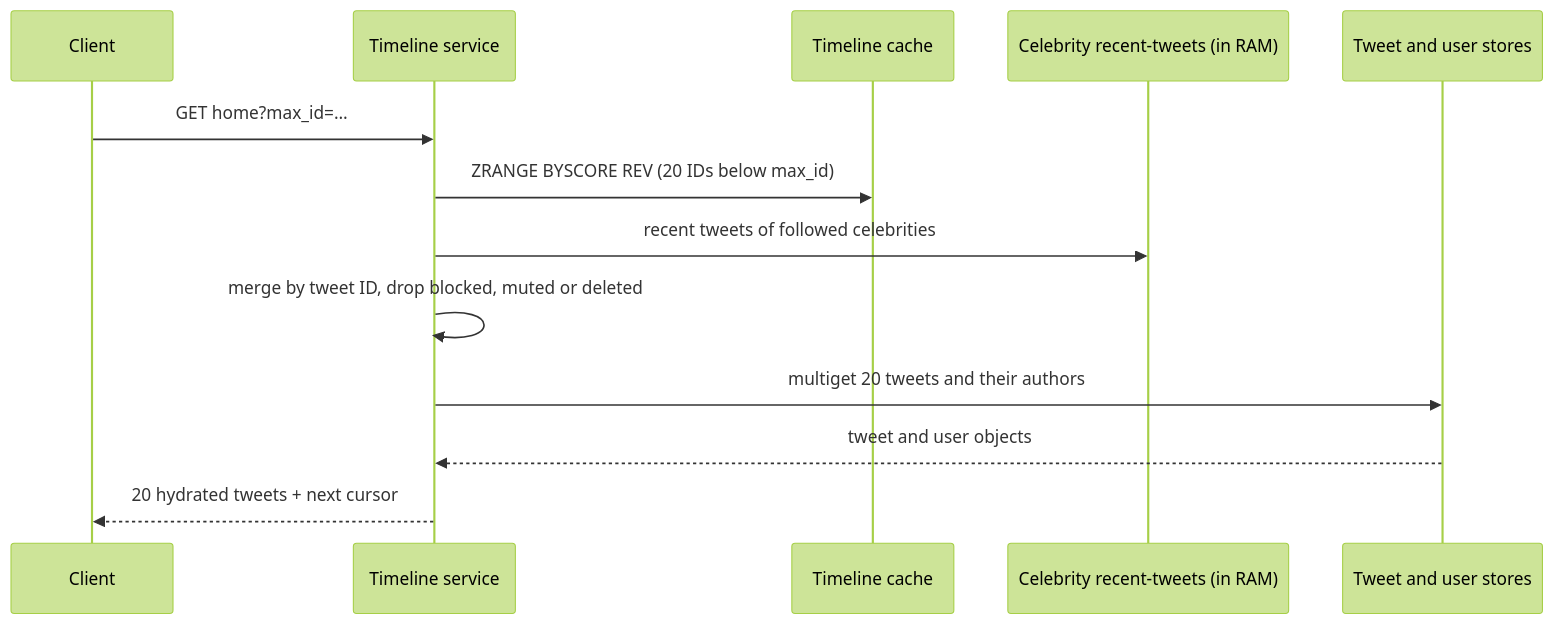
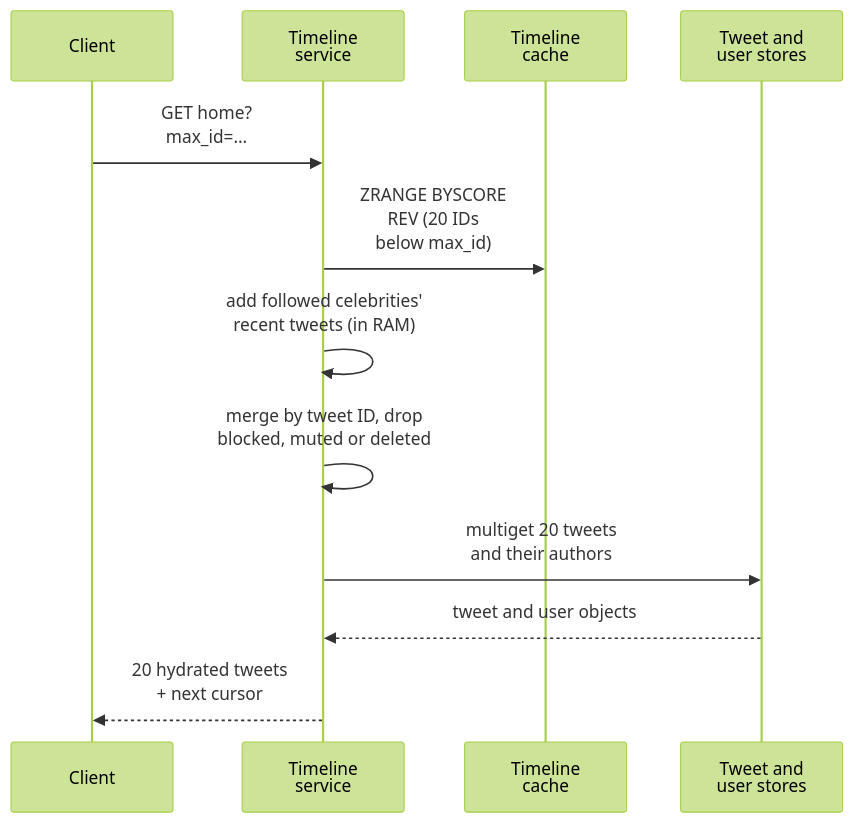
Before and after one commit to butyavk/system-design: the second of 3 diagrams in src/content/docs/practice/twitter-timeline.mdx, drawn with Mermaid (forest theme). The commit also changed other lines of this file and 144 other files, not shown here.

````diff
--- a/src/content/docs/practice/twitter-timeline.mdx
+++ b/src/content/docs/practice/twitter-timeline.mdx
@@ -216,15 +216,14 @@
 ```mermaid
 sequenceDiagram
   participant C as Client
-  participant T as Timeline service
-  participant L as Timeline cache
-  participant R as Celebrity recent-tweets (in RAM)
-  participant H as Tweet and user stores
-  C->>T: GET home?max_id=…
-  T->>L: ZRANGE BYSCORE REV (20 IDs below max_id)
-  T->>R: recent tweets of followed celebrities
-  T->>T: merge by tweet ID, drop blocked, muted or deleted
-  T->>H: multiget 20 tweets and their authors
+  participant T as Timeline<br/>service
+  participant L as Timeline<br/>cache
+  participant H as Tweet and<br/>user stores
+  C->>T: GET home?<br/>max_id=…
+  T->>L: ZRANGE BYSCORE<br/>REV (20 IDs<br/>below max_id)
+  T->>T: add followed celebrities'<br/>recent tweets (in RAM)
+  T->>T: merge by tweet ID, drop<br/>blocked, muted or deleted
+  T->>H: multiget 20 tweets<br/>and their authors
   H-->>T: tweet and user objects
-  T-->>C: 20 hydrated tweets + next cursor
+  T-->>C: 20 hydrated tweets<br/>+ next cursor
 ```
````
